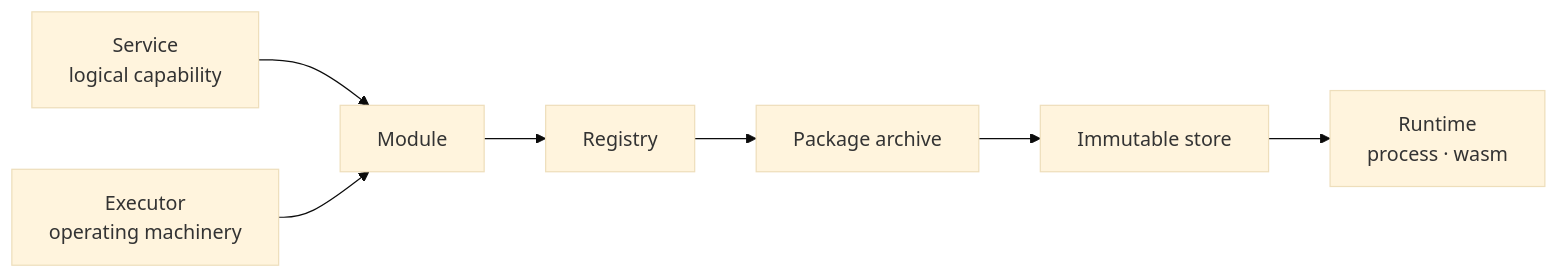
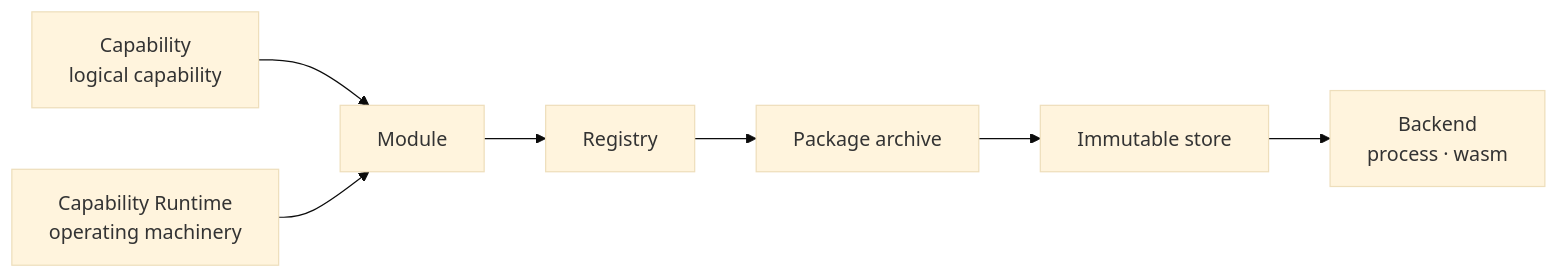
One commit to neuron-runtime/neuron changed the first of 3 diagrams in docs/MODULES.md. Above: the diagram before and after it, drawn with Mermaid (base theme). The commit also changed other lines of this file and 119 other files, not shown here.

````diff
--- a/docs/MODULES.md
+++ b/docs/MODULES.md
@@ -7,9 +7,9 @@
 ```mermaid
 flowchart LR
-    SRV[Service<br/>logical capability] --> MOD[Module]
-    EXE[Executor<br/>operating machinery] --> MOD
+    SRV[Capability<br/>logical capability] --> MOD[Module]
+    EXE[Capability Runtime<br/>operating machinery] --> MOD
     MOD --> REG[Registry]
     REG --> PKG[Package archive]
     PKG --> STORE[Immutable store]
-    STORE --> RT[Runtime<br/>process · wasm]
+    STORE --> RT[Backend<br/>process · wasm]
 ```
````
